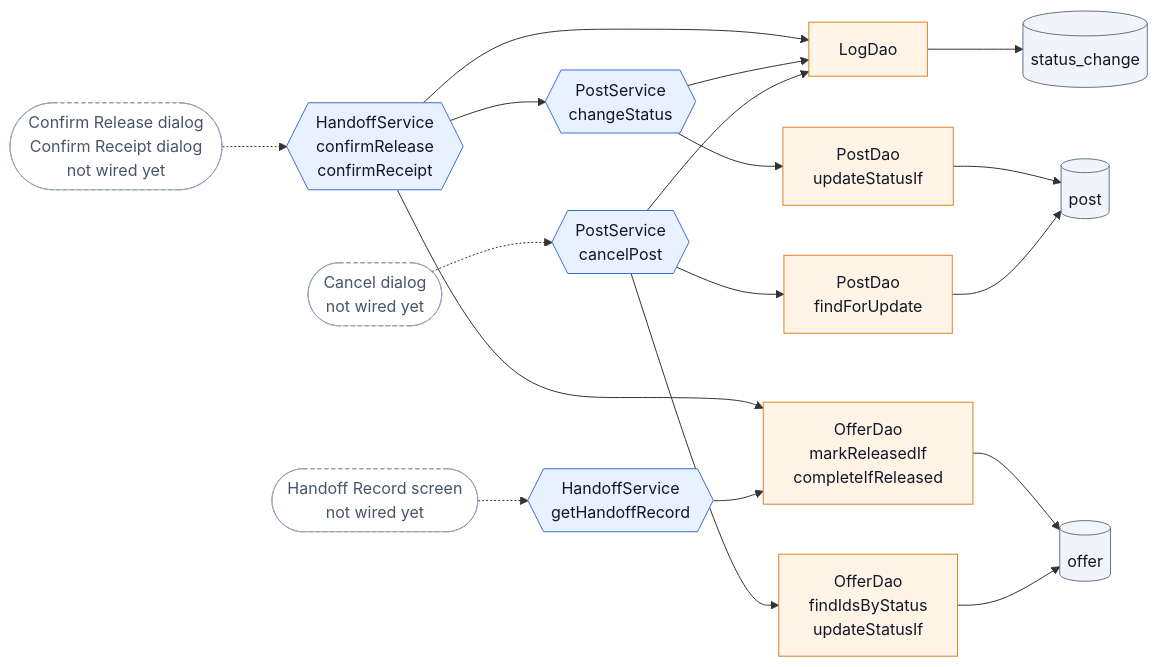
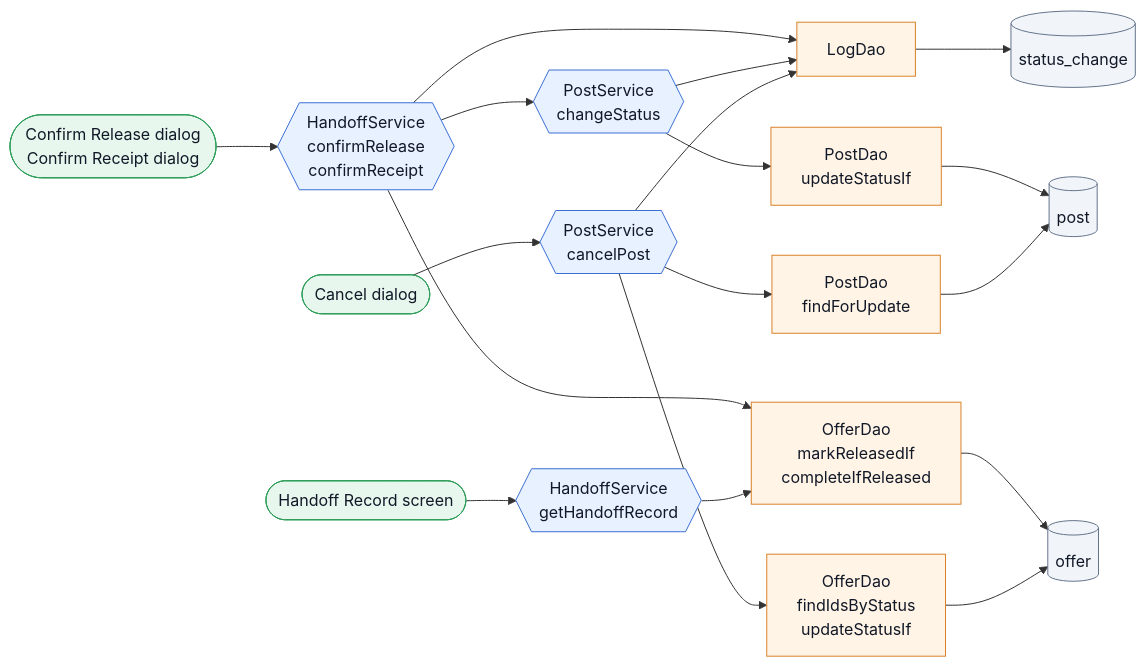
Diagram 13 of 17 in docs/MAP.md (Az-Zav/ANIPLATO), drawn with Mermaid before and after one commit. The commit also changed other lines of this file and 50 other files, not shown here.

````diff
--- a/docs/MAP.md
+++ b/docs/MAP.md
@@ -870,17 +885,17 @@
 ```mermaid
 flowchart LR
   classDef svc fill:#e8f1ff,stroke:#3b6fd4,color:#111827
   classDef dao fill:#fff4e5,stroke:#d9822b,color:#111827
   classDef tbl fill:#f1f5f9,stroke:#64748b,color:#111827
-  classDef planned fill:#ffffff,stroke:#94a3b8,stroke-dasharray:4 3,color:#475569
-  CR([Confirm Release dialog<br/>Confirm Receipt dialog<br/>not wired yet]):::planned -.-> HS{{HandoffService<br/>confirmRelease<br/>confirmReceipt}}:::svc
+  classDef screen fill:#e8f7ee,stroke:#2f9e5a,color:#111827
+  CR([Confirm Release dialog<br/>Confirm Receipt dialog]):::screen --> HS{{HandoffService<br/>confirmRelease<br/>confirmReceipt}}:::svc
   HS --> OD[OfferDao<br/>markReleasedIf<br/>completeIfReleased]:::dao --> TO[(offer)]:::tbl
   HS --> PS{{PostService<br/>changeStatus}}:::svc --> PD[PostDao<br/>updateStatusIf]:::dao --> TP[(post)]:::tbl
   HS --> LG[LogDao]:::dao --> TL[(status_change)]:::tbl
   PS --> LG
-  HR([Handoff Record screen<br/>not wired yet]):::planned -.-> GR{{HandoffService<br/>getHandoffRecord}}:::svc --> OD
-  CD([Cancel dialog<br/>not wired yet]):::planned -.-> CP{{PostService<br/>cancelPost}}:::svc
+  HR([Handoff Record screen]):::screen --> GR{{HandoffService<br/>getHandoffRecord}}:::svc --> OD
+  CD([Cancel dialog]):::screen --> CP{{PostService<br/>cancelPost}}:::svc
   CP --> PF[PostDao<br/>findForUpdate]:::dao --> TP
   CP --> OS[OfferDao<br/>findIdsByStatus<br/>updateStatusIf]:::dao --> TO
   CP --> LG
 ```
````
